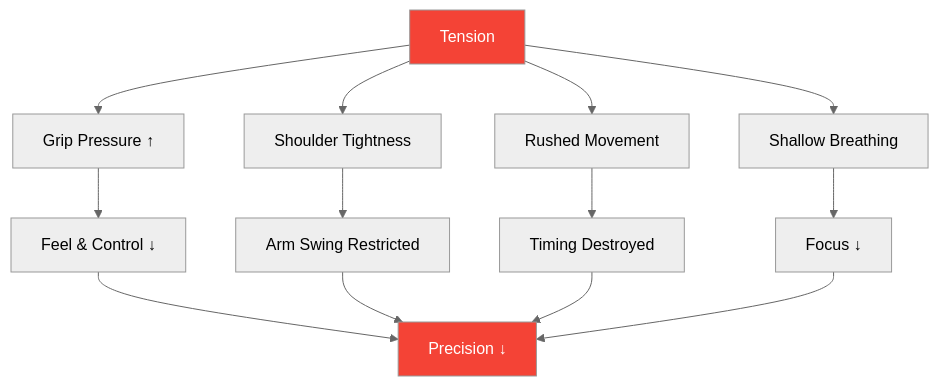
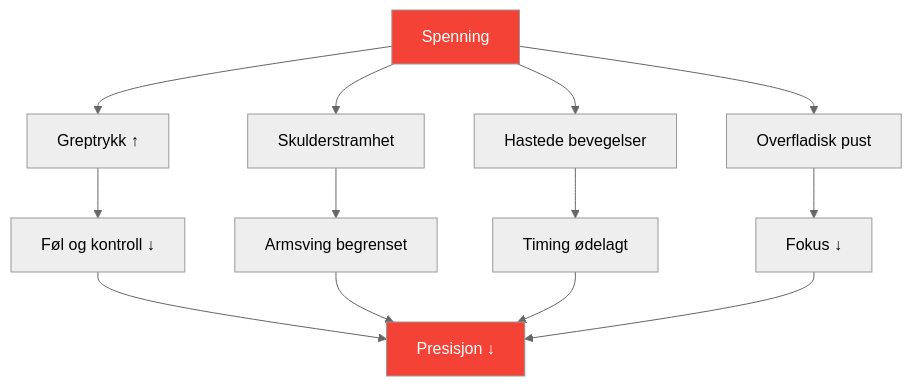
One commit to patwii/petanque-academy changed the diagram in docs/no/education/tension/index.md. Above: the diagram before and after it, drawn with Mermaid (neutral theme). The commit also changed other lines of this file and 550 other files, not shown here.

````diff
--- a/docs/no/education/tension/index.md
+++ b/docs/no/education/tension/index.md
@@ -20,20 +20,20 @@
 ```mermaid
 flowchart TD
-    A[Tension] --> B[Grip Pressure ↑]
-    A --> C[Shoulder Tightness]
-    A --> D[Rushed Movement]
-    A --> E[Shallow Breathing]
+    A[Spenning] --> B[Greptrykk ↑]
+    A --> C[Skulderstramhet]
+    A --> D[Hastede bevegelser]
+    A --> E[Overfladisk pust]
 
-    B --> F[Feel & Control ↓]
-    C --> G[Arm Swing Restricted]
-    D --> H[Timing Destroyed]
-    E --> I[Focus ↓]
+    B --> F[Føl og kontroll ↓]
+    C --> G[Armsving begrenset]
+    D --> H[Timing ødelagt]
+    E --> I[Fokus ↓]
 
-    F --> J[Precision ↓]
+    F --> J[Presisjon ↓]
     G --> J
     H --> J
     I --> J
 
     style A fill:#f44336,color:#fff
     style J fill:#f44336,color:#fff
 ```
````
